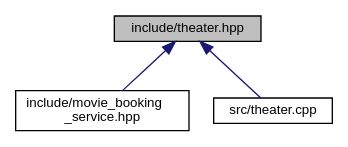
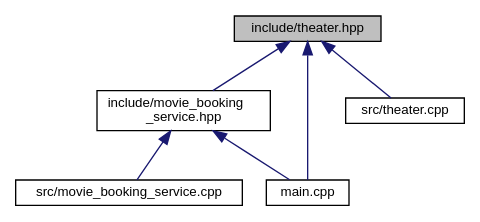
The diagram in theater_8hpp__dep__incl.dot (Gebre-medhin/movie_booking_system), drawn with Graphviz before and after one commit. The commit also changed 48 other files, not shown here.

```diff
--- a/theater_8hpp__dep__incl.dot
+++ b/theater_8hpp__dep__incl.dot
@@ -1,11 +1,16 @@
 digraph "include/theater.hpp"
 {
  // LATEX_PDF_SIZE
   edge [fontname="Helvetica",fontsize="10",labelfontname="Helvetica",labelfontsize="10"];
   node [fontname="Helvetica",fontsize="10",shape=record];
   Node1 [label="include/theater.hpp",height=0.2,width=0.4,color="black", fillcolor="grey75", style="filled", fontcolor="black",tooltip=" "];
   Node1 -> Node2 [dir="back",color="midnightblue",fontsize="10",style="solid",fontname="Helvetica"];
   Node2 [label="include/movie_booking\l_service.hpp",height=0.2,width=0.4,color="black", fillcolor="white", style="filled",URL="$movie__booking__service_8hpp.html",tooltip="Movie booking service API."];
-  Node1 -> Node3 [dir="back",color="midnightblue",fontsize="10",style="solid",fontname="Helvetica"];
-  Node3 [label="src/theater.cpp",height=0.2,width=0.4,color="black", fillcolor="white", style="filled",URL="$theater_8cpp.html",tooltip="Test for MovieBookingService (API) class."];
+  Node2 -> Node3 [dir="back",color="midnightblue",fontsize="10",style="solid",fontname="Helvetica"];
+  Node3 [label="src/movie_booking_service.cpp",height=0.2,width=0.4,color="black", fillcolor="white", style="filled",URL="$movie__booking__service_8cpp.html",tooltip="Implementation for MovieBookingService (API) class."];
+  Node2 -> Node4 [dir="back",color="midnightblue",fontsize="10",style="solid",fontname="Helvetica"];
+  Node4 [label="main.cpp",height=0.2,width=0.4,color="black", fillcolor="white", style="filled",URL="$main_8cpp.html",tooltip="Main program for testing movie booking service functionalities via CLI."];
+  Node1 -> Node5 [dir="back",color="midnightblue",fontsize="10",style="solid",fontname="Helvetica"];
+  Node5 [label="src/theater.cpp",height=0.2,width=0.4,color="black", fillcolor="white", style="filled",URL="$theater_8cpp.html",tooltip="Test for MovieBookingService (API) class."];
+  Node1 -> Node4 [dir="back",color="midnightblue",fontsize="10",style="solid",fontname="Helvetica"];
 }
```
